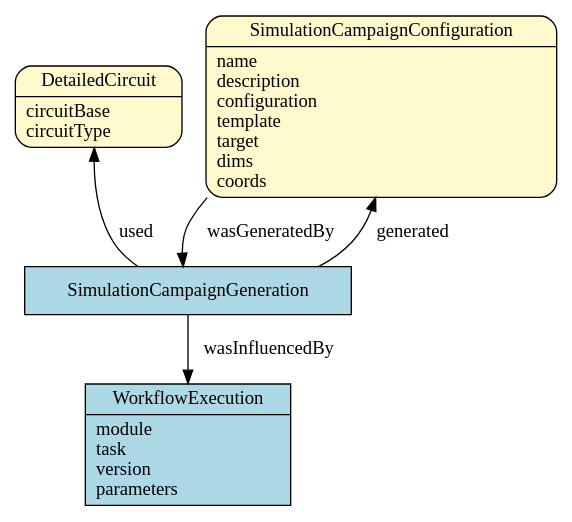
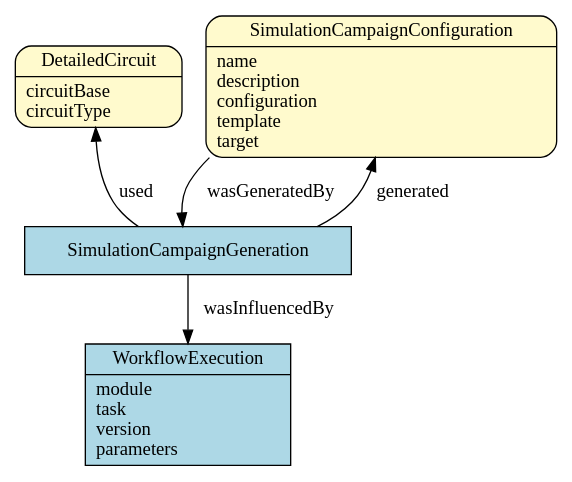
One commit to BlueBrain/entity-management changed the fourth of 5 diagrams in doc/source/prov_patterns.rst. Above: the diagram before and after it, drawn with Graphviz. The commit also changed 2 other files, not shown here.

Commit message:
finalize fixes to sim campaign configuration entity

```diff
--- a/doc/source/prov_patterns.rst
+++ b/doc/source/prov_patterns.rst
@@ -85,32 +85,32 @@
 .. graphviz::
 
     digraph SimulationCampaignGeneration {
         DetailedCircuit [
             shape = Mrecord style = filled fillcolor = lemonchiffon
             label = "{DetailedCircuit|circuitBase\lcircuitType\l}"
             href = "../generated/entity_management.simulation.html#entity_management.simulation.DetailedCircuit"
             target = "_top"
         ]
         SimulationCampaignConfiguration [
             shape = Mrecord style = filled fillcolor = lemonchiffon
-            label = "{SimulationCampaignConfiguration|name\ldescription\lconfiguration\ltemplate\ltarget\ldims\lcoords\l}"
+            label = "{SimulationCampaignConfiguration|name\ldescription\lconfiguration\ltemplate\ltarget\l}"
             href = "../generated/entity_management.simulation.html#entity_management.simulation.SimulationCampaignConfiguration"
             target = "_top"
         ]
         SimulationCampaignGeneration [
             shape = record style = filled fillcolor = lightblue
             href = "../generated/entity_management.simulation.html#entity_management.simulation.SimulationCampaignGeneration"
             target = "_top"
         ]
         WorkflowExecution [
             shape = record style = filled fillcolor = lightblue
             label = "{WorkflowExecution|module\ltask\lversion\lparameters\l}"
             href = "../generated/entity_management.core.html#entity_management.core.WorkflowExecution"
             target = "_top"
         ]
         { rank=same SimulationCampaignConfiguration DetailedCircuit }
         SimulationCampaignGeneration -> WorkflowExecution [label = "wasInfluencedBy"];
         SimulationCampaignGeneration -> DetailedCircuit [label = "used"];
         SimulationCampaignConfiguration -> SimulationCampaignGeneration [label = "wasGeneratedBy"];
         SimulationCampaignGeneration -> SimulationCampaignConfiguration [label = "generated"];
     }
```
